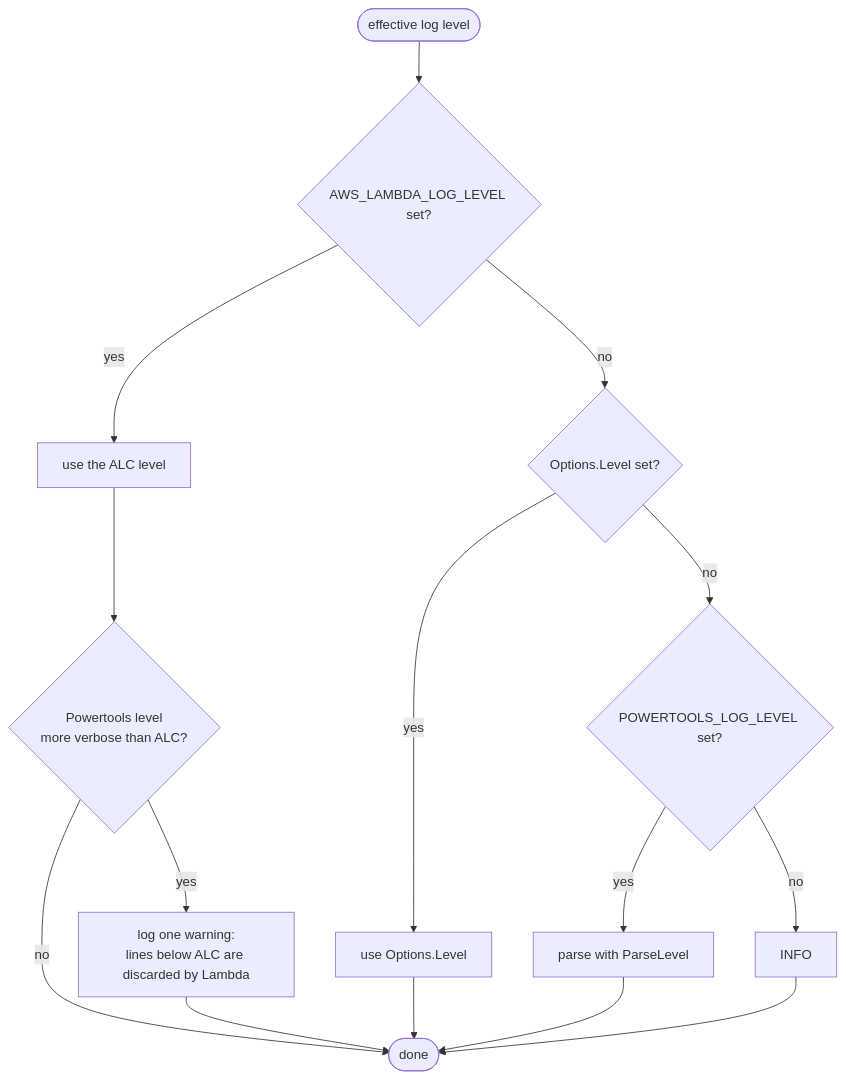
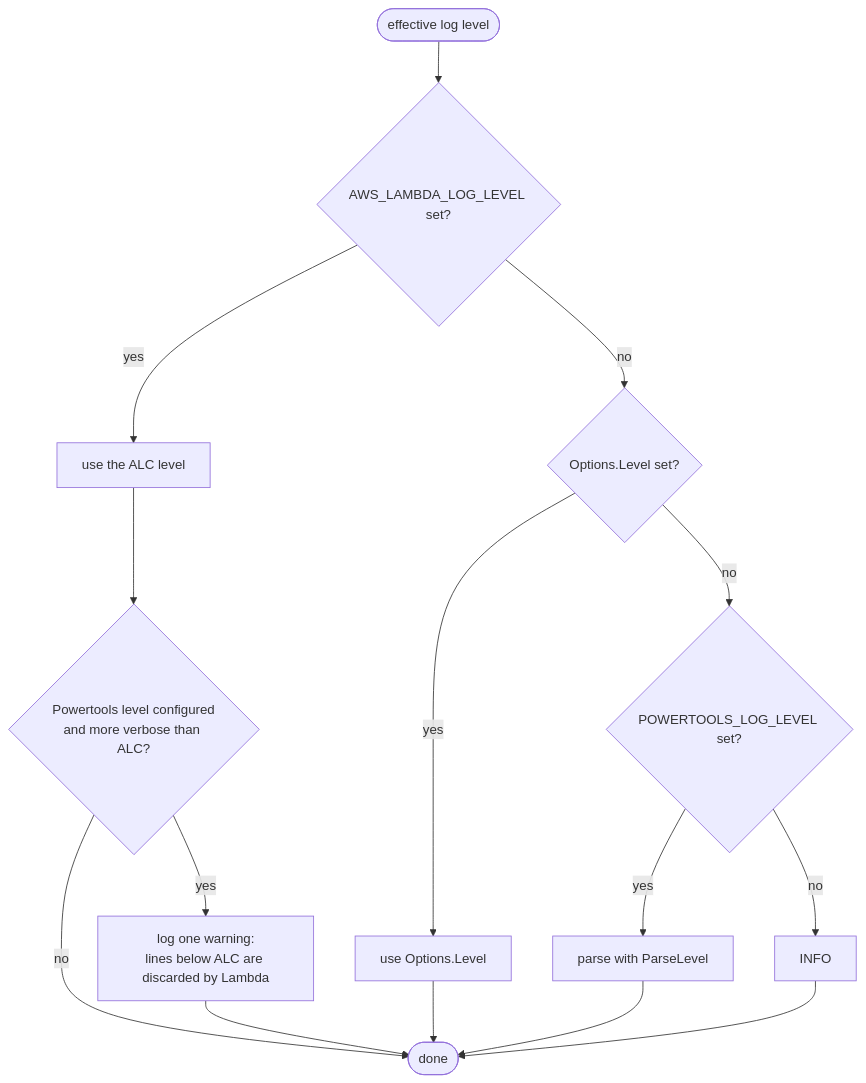
One commit to christiangda/powertools-lambda-go-plan changed the second of 9 diagrams in 01-architecture.md. Above: the diagram before and after it, drawn with Mermaid. The commit also changed other lines of this file and 11 other files, not shown here.

````diff
--- a/01-architecture.md
+++ b/01-architecture.md
@@ -144,17 +309,17 @@
 ```mermaid
 flowchart TD
   start([effective log level]) --> alc{AWS_LAMBDA_LOG_LEVEL set?}
   alc -- yes --> useALC["use the ALC level"]
   alc -- no --> opt{Options.Level set?}
   opt -- yes --> useOpt["use Options.Level"]
   opt -- no --> env{POWERTOOLS_LOG_LEVEL set?}
   env -- yes --> useEnv["parse with ParseLevel"]
   env -- no --> info["INFO"]
-  useALC --> warn{Powertools level<br/>more verbose than ALC?}
+  useALC --> warn{Powertools level configured<br/>and more verbose than ALC?}
   warn -- yes --> once["log one warning:<br/>lines below ALC are discarded by Lambda"]
   warn -- no --> done([done])
   once --> done
   useOpt --> done
   useEnv --> done
   info --> done
 ```
````
